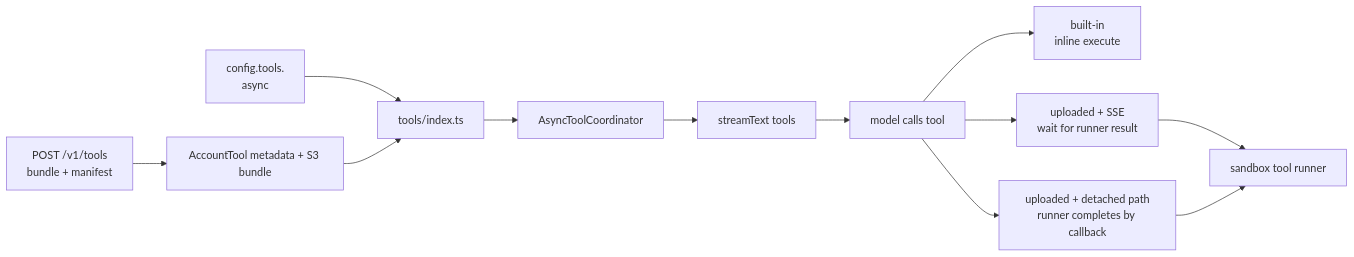
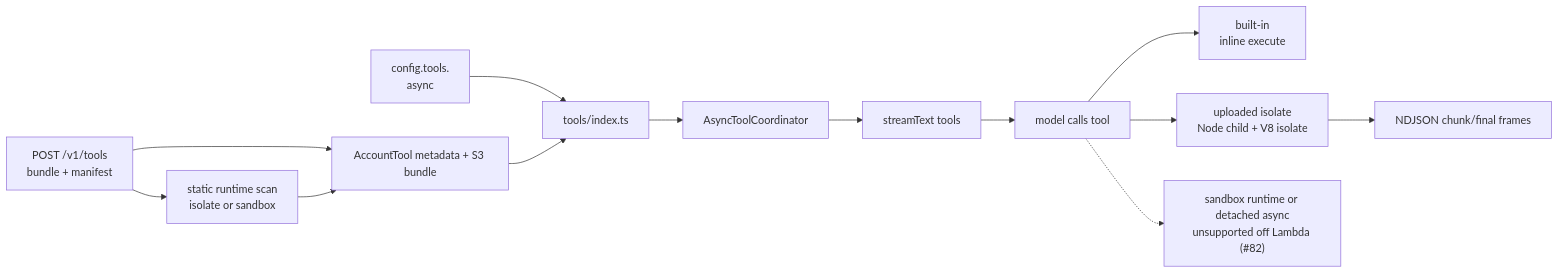
The first of 3 diagrams in apps/docs/docs/tools.md (beeblastco/broods), drawn with Mermaid before and after one commit. The commit also changed other lines of this file, not shown here.

First line of the commit message:
docs: custom tools run in the V8 isolate tier, not a sandbox worker

````diff
--- a/apps/docs/docs/tools.md
+++ b/apps/docs/docs/tools.md
@@ -7,14 +7,15 @@
 ```mermaid
 flowchart LR
   Upload["POST /v1/tools<br/>bundle + manifest"] --> Store["AccountTool metadata + S3 bundle"]
+  Upload --> Scan["static runtime scan<br/>isolate or sandbox"]
+  Scan --> Store
   Config["config.tools.<name or toolId><br/>async"] --> Registry["tools/index.ts"]
   Store --> Registry
   Registry --> Wrap["AsyncToolCoordinator"]
   Wrap --> Model["streamText tools"]
   Model --> Call["model calls tool"]
   Call --> BuiltIn["built-in<br/>inline execute"]
-  Call --> UploadedSse["uploaded + SSE<br/>wait for runner result"]
-  Call --> UploadedDetached["uploaded + detached path<br/>runner completes by callback"]
-  UploadedSse --> Runner["sandbox tool runner"]
-  UploadedDetached --> Runner
+  Call --> Uploaded["uploaded isolate<br/>Node child + V8 isolate"]
+  Uploaded --> Frames["NDJSON chunk/final frames"]
+  Call -.-> Deferred["sandbox runtime or detached async<br/>unsupported off Lambda (#82)"]
 ```
````
